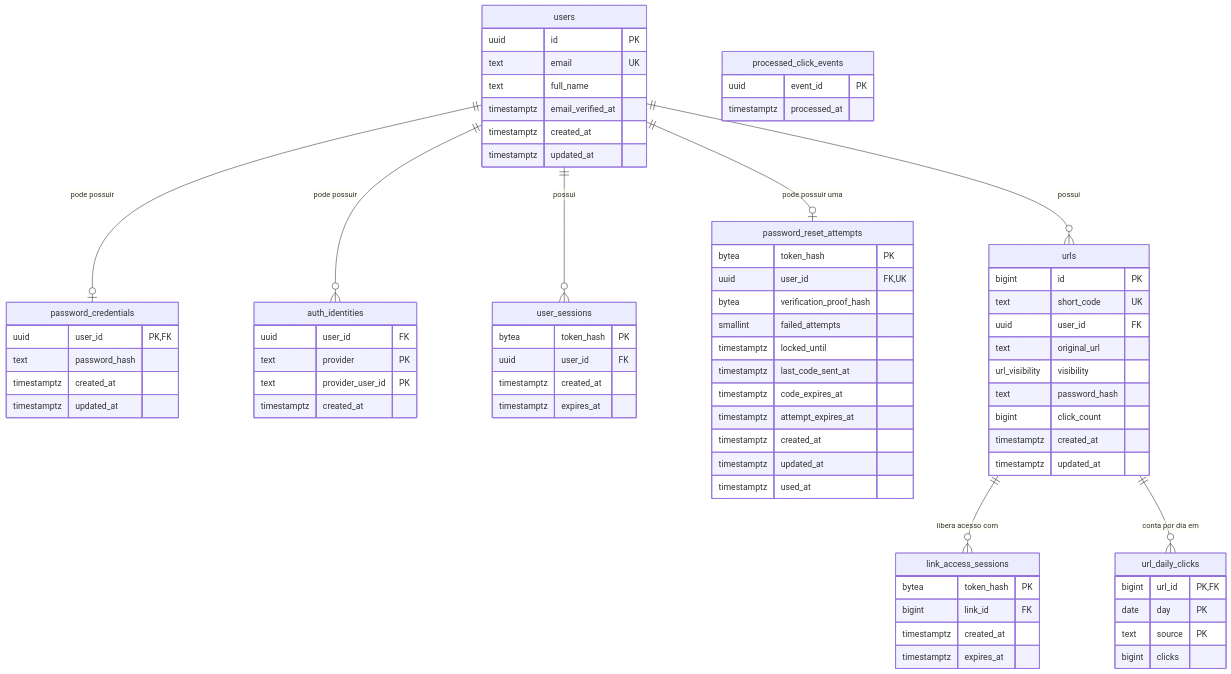
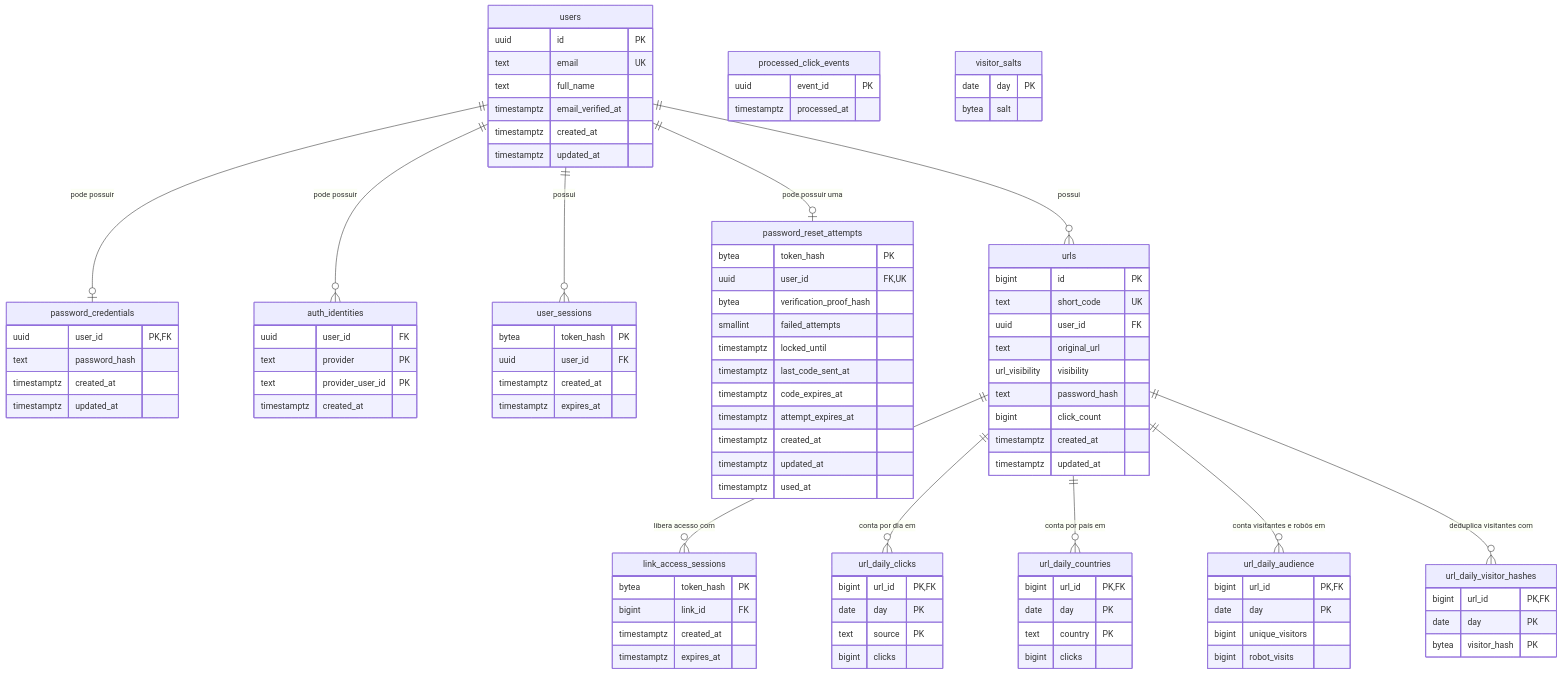
Before and after one commit to fredsaggio/shortbit: the first of 4 diagrams in backend/docs/data-model.md, drawn with Mermaid. The commit also changed other lines of this file and 38 other files, not shown here.

First line of the commit message:
feat(clicks): record country, unique visitors and robot visits

````diff
--- a/backend/docs/data-model.md
+++ b/backend/docs/data-model.md
@@ -16,6 +16,9 @@
     users ||--o{ urls : "possui"
     urls ||--o{ link_access_sessions : "libera acesso com"
     urls ||--o{ url_daily_clicks : "conta por dia em"
+    urls ||--o{ url_daily_countries : "conta por país em"
+    urls ||--o{ url_daily_audience : "conta visitantes e robôs em"
+    urls ||--o{ url_daily_visitor_hashes : "deduplica visitantes com"
 
     users {
         uuid id PK
@@ -91,4 +94,29 @@
         text source PK
         bigint clicks
     }
+
+    url_daily_countries {
+        bigint url_id PK,FK
+        date day PK
+        text country PK
+        bigint clicks
+    }
+
+    url_daily_audience {
+        bigint url_id PK,FK
+        date day PK
+        bigint unique_visitors
+        bigint robot_visits
+    }
+
+    url_daily_visitor_hashes {
+        bigint url_id PK,FK
+        date day PK
+        bytea visitor_hash PK
+    }
+
+    visitor_salts {
+        date day PK
+        bytea salt
+    }
 ```
````
